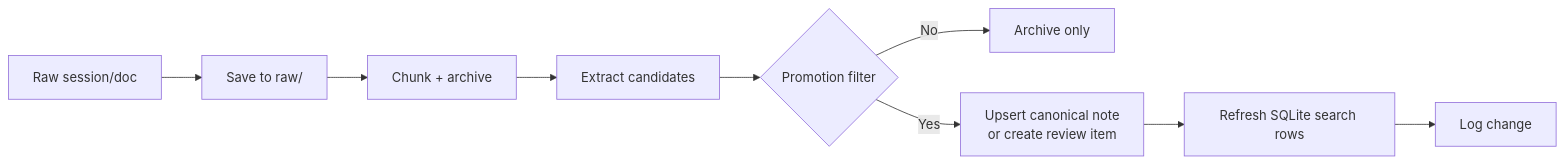
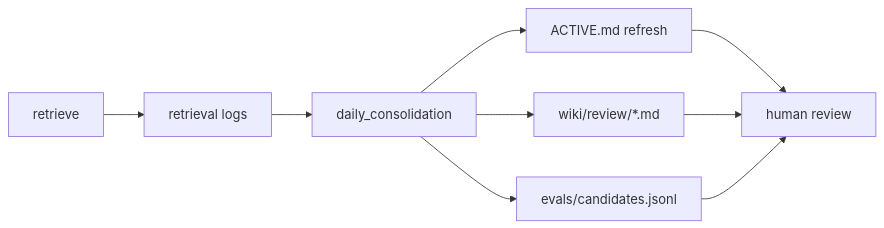
The fifth of 7 diagrams in README.md (Jianyu010/MnemonicOS), drawn with Mermaid before and after one commit. The commit also changed other lines of this file and 19 other files, not shown here.

````diff
--- a/README.md
+++ b/README.md
@@ -86,11 +82,11 @@
 ```mermaid
 flowchart LR
-    A["Raw session/doc"] --> B["Save to raw/"]
-    B --> C["Chunk + archive"]
-    C --> D["Extract candidates"]
-    D --> E{"Promotion filter"}
-    E -->|No| F["Archive only"]
-    E -->|Yes| G["Upsert canonical note<br/>or create review item"]
-    G --> H["Refresh SQLite search rows"]
-    H --> I["Log change"]
+    Q["retrieve"] --> L["retrieval logs"]
+    L --> J["daily_consolidation"]
+    J --> A["ACTIVE.md refresh"]
+    J --> R["wiki/review/*.md"]
+    J --> E["evals/candidates.jsonl"]
+    A --> H["human review"]
+    R --> H
+    E --> H
 ```
````
